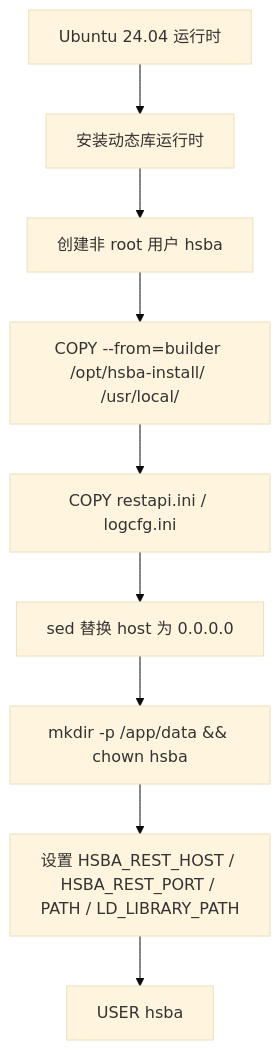
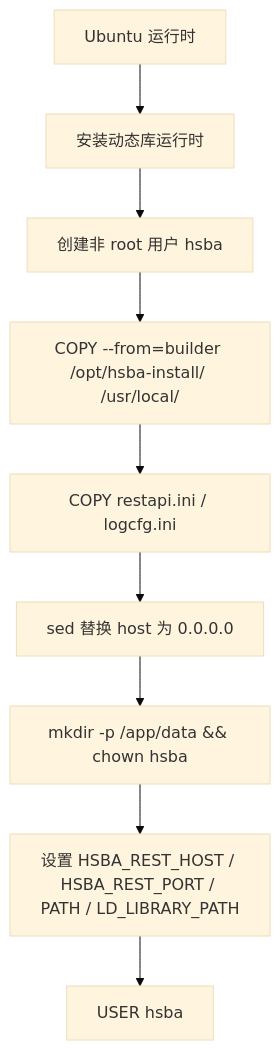
Before and after one commit to hsmbanlance/HsBaSlicer: the third of 5 diagrams in .qoder/repowiki/zh/content/部署故障排除与FAQ/Docker容器化部署.md, drawn with Mermaid (base theme). The commit also changed other lines of this file and 66 other files, not shown here.

````diff
--- a/.qoder/repowiki/zh/content/部署故障排除与FAQ/Docker容器化部署.md
+++ b/.qoder/repowiki/zh/content/部署故障排除与FAQ/Docker容器化部署.md
@@ -107,11 +124,11 @@
 ```mermaid
 flowchart TD
-RuntimeBase["Ubuntu 24.04 运行时"] --> InstallRuntimeLibs["安装动态库运行时"]
+RuntimeBase["Ubuntu 运行时"] --> InstallRuntimeLibs["安装动态库运行时"]
 InstallRuntimeLibs --> CreateUser["创建非 root 用户 hsba"]
 CreateUser --> CopyInstall["COPY --from=builder /opt/hsba-install/ /usr/local/"]
 CopyInstall --> CopyIni["COPY restapi.ini / logcfg.ini"]
 CopyIni --> SedHost["sed 替换 host 为 0.0.0.0"]
 SedHost --> DataDir["mkdir -p /app/data && chown hsba"]
 DataDir --> SetEnv["设置 HSBA_REST_HOST / HSBA_REST_PORT / PATH / LD_LIBRARY_PATH"]
 SetEnv --> UserSwitch["USER hsba"]
 ```
````
